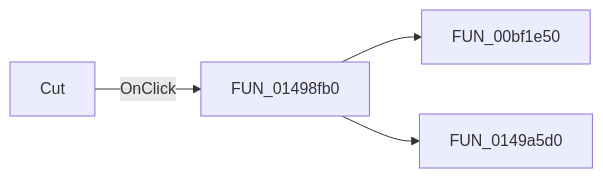
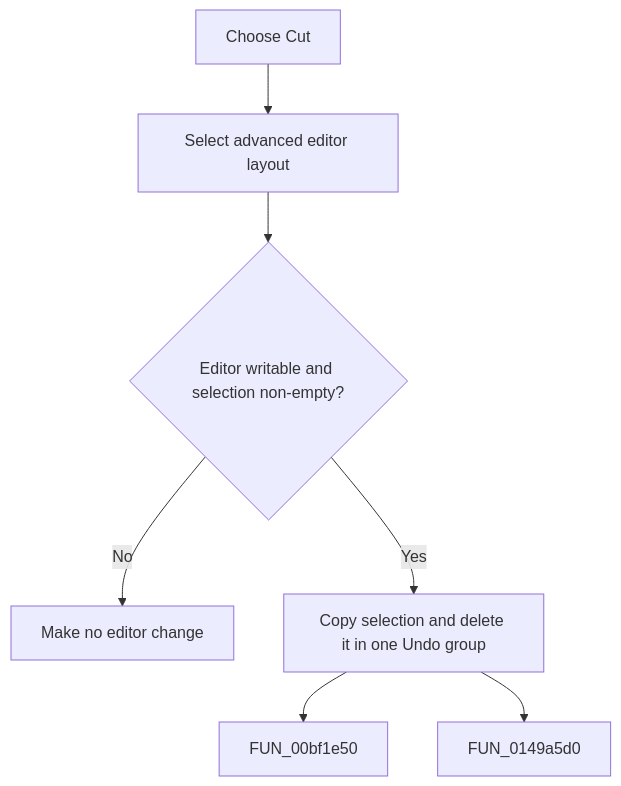
Before and after one commit to MovGP0/TIARA: the diagram in docs/ui-controls/frmdesigntool/micut-aff78cac51.md, drawn with Mermaid. The commit also changed other lines of this file and 387 other files, not shown here.

````diff
--- a/docs/ui-controls/frmdesigntool/micut-aff78cac51.md
+++ b/docs/ui-controls/frmdesigntool/micut-aff78cac51.md
@@ -27,6 +27,9 @@
 ```mermaid
-flowchart LR
-    control["Cut"] -->|OnClick| handler["FUN_01498fb0"]
+flowchart TD
+    control["Choose Cut"] --> expand["Select advanced editor layout"]
+    expand --> allowed{"Editor writable and selection non-empty?"}
+    allowed -->|No| stop["Make no editor change"]
+    allowed -->|Yes| handler["Copy selection and delete it in one Undo group"]
     handler --> call1["FUN_00bf1e50"]
     handler --> call2["FUN_0149a5d0"]
 ```
````
